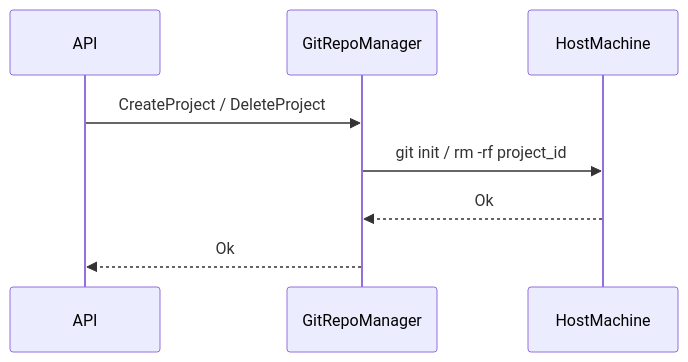
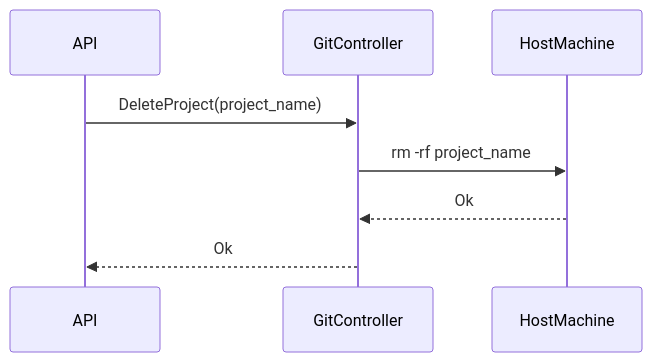
One commit to paastech-cloud/docs changed the second of 3 diagrams in Architecture.md. Above: the diagram before and after it, drawn with Mermaid. The commit also changed other lines of this file, not shown here.

Commit message:
docs(git): fixes all around

````diff
--- a/Architecture.md
+++ b/Architecture.md
@@ -96,11 +112,11 @@
 ```mermaid
 sequenceDiagram
     participant API
-    participant GitRepoManager
+    participant GitController
     participant HostMachine
 
-    API ->> GitRepoManager: CreateProject / DeleteProject
-    GitRepoManager ->> HostMachine: git init / rm -rf project_id
-    HostMachine -->> GitRepoManager: Ok
-    GitRepoManager -->> API: Ok
+    API ->> GitController: DeleteProject(project_name)
+    GitController ->> HostMachine: rm -rf project_name
+    HostMachine -->> GitController: Ok
+    GitController -->> API: Ok
 ```
````
